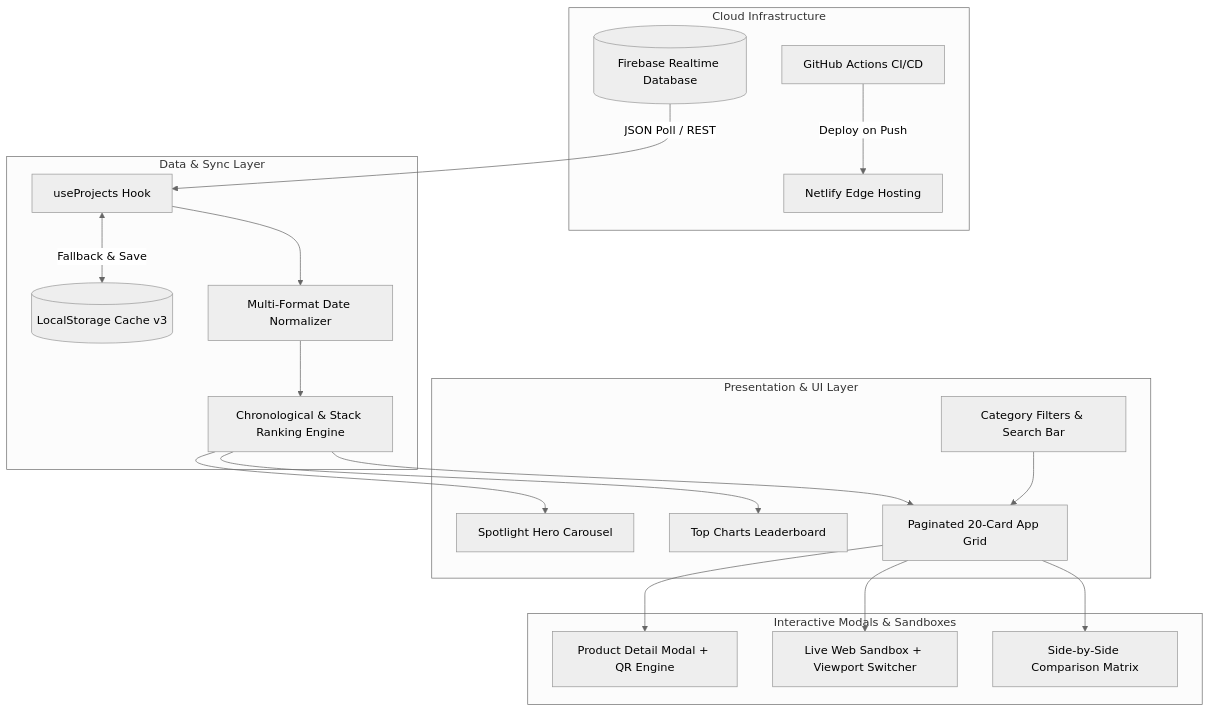
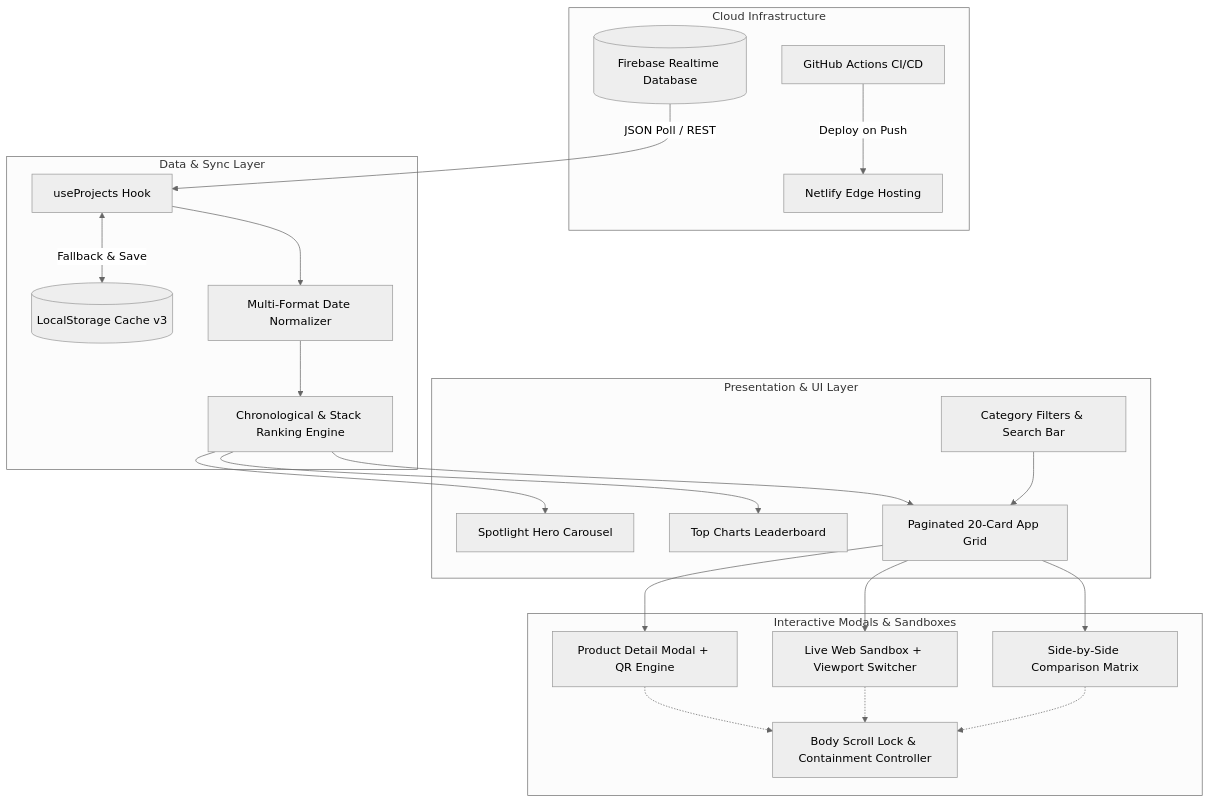
One commit to aakashsakhalkar/AakashPlay changed the first of 6 diagrams in README.md. Above: the diagram before and after it, drawn with Mermaid (neutral theme). The commit also changed other lines of this file and 2 other files, not shown here.

Commit message:
fix(modal): prevent background scroll leaking & update documentation

````diff
--- a/README.md
+++ b/README.md
@@ -50,40 +52,44 @@
 ```mermaid
 graph TB
     subgraph Cloud Infrastructure
         FB[(Firebase Realtime Database)]
         GH[GitHub Actions CI/CD]
         NET[Netlify Edge Hosting]
     end
 
     subgraph Data & Sync Layer
         HOOK[useProjects Hook]
         CACHE[(LocalStorage Cache v3)]
         PARSER[Multi-Format Date Normalizer]
         SORT[Chronological & Stack Ranking Engine]
     end
 
     subgraph Presentation & UI Layer
         HERO[Spotlight Hero Carousel]
         CHARTS[Top Charts Leaderboard]
         NAV[Category Filters & Search Bar]
         GRID[Paginated 20-Card App Grid]
     end
 
     subgraph Interactive Modals & Sandboxes
         MODAL_DETAIL[Product Detail Modal + QR Engine]
         MODAL_SANDBOX[Live Web Sandbox + Viewport Switcher]
         MODAL_COMPARE[Side-by-Side Comparison Matrix]
+        SCROLL_LOCK[Body Scroll Lock & Containment Controller]
     end
 
     FB -->|JSON Poll / REST| HOOK
     HOOK <-->|Fallback & Save| CACHE
     HOOK --> PARSER --> SORT
     SORT --> HERO
     SORT --> CHARTS
     SORT --> GRID
     NAV --> GRID
     GRID --> MODAL_DETAIL
     GRID --> MODAL_SANDBOX
     GRID --> MODAL_COMPARE
+    MODAL_DETAIL -.-> SCROLL_LOCK
+    MODAL_SANDBOX -.-> SCROLL_LOCK
+    MODAL_COMPARE -.-> SCROLL_LOCK
     GH -->|Deploy on Push| NET
 ```
````
